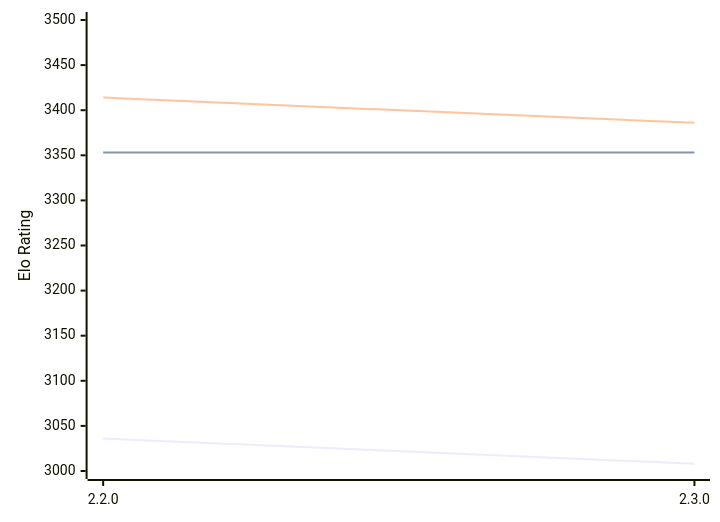
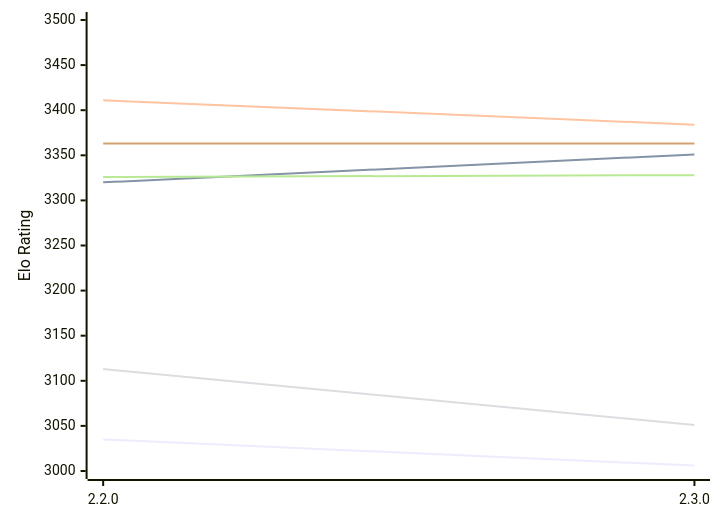
One commit to computer-chess-index/cci changed the diagram in engines/Endspiel.md. Above: the diagram before and after it, drawn with Mermaid. The commit also changed other lines of this file, not shown here.

Commit message:
Update CCI Ratings (ELO VLTC) - 2026-11-23

````diff
--- a/engines/Endspiel.md
+++ b/engines/Endspiel.md
@@ -48,12 +49,12 @@
 ```mermaid
 %%{init: {"theme":"base","themeVariables":{"seriesColors:['#a3a3a3','#222221','#faa371']}}}%%
 xychart-beta
   x-axis ["2.2.0", "2.3.0"]
   y-axis "Elo Rating" 3000 --> 3500
-  line "E1: STC (8.0+0.08s)" [3036, 3008]
-  line "E1: LTC (60.0+0.60s)" [3353, 3353]
-  line "E1: VLTC (2m24s+1.12s)" [3414, 3386]
-  line "P1: STC (8.0+0.08s)" [3046]
-  line "P1: LTC (60.0+0.60s)" [3320]
-  line "P1: VLTC (2m24s+1.12s)" [3355]
+  line "E1: STC (8.0+0.08s)" [3035, 3006]
+  line "E1: LTC (60.0+0.60s)" [3320, 3351]
+  line "E1: VLTC (2m24s+1.12s)" [3411, 3384]
+  line "P1: STC (8.0+0.08s)" [3113, 3051]
+  line "P1: LTC (60.0+0.60s)" [3326, 3328]
+  line "P1: VLTC (2m24s+1.12s)" [3363, 3363]
 ```
````
